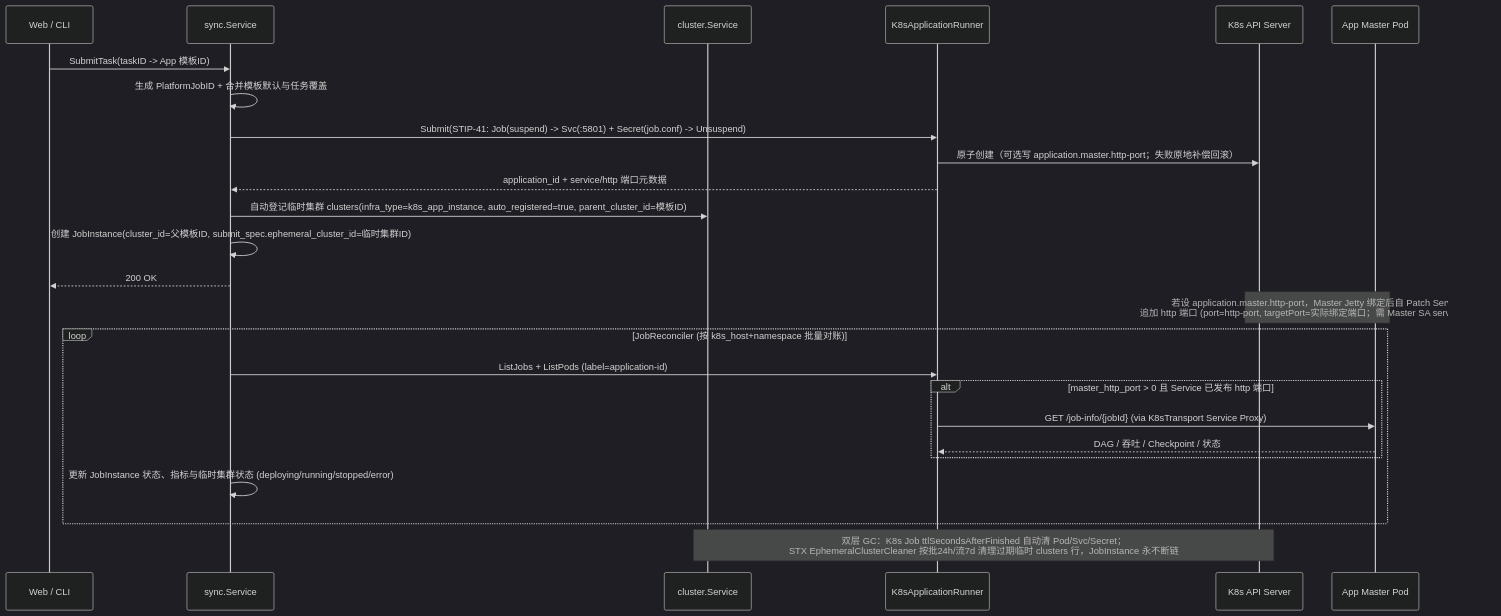
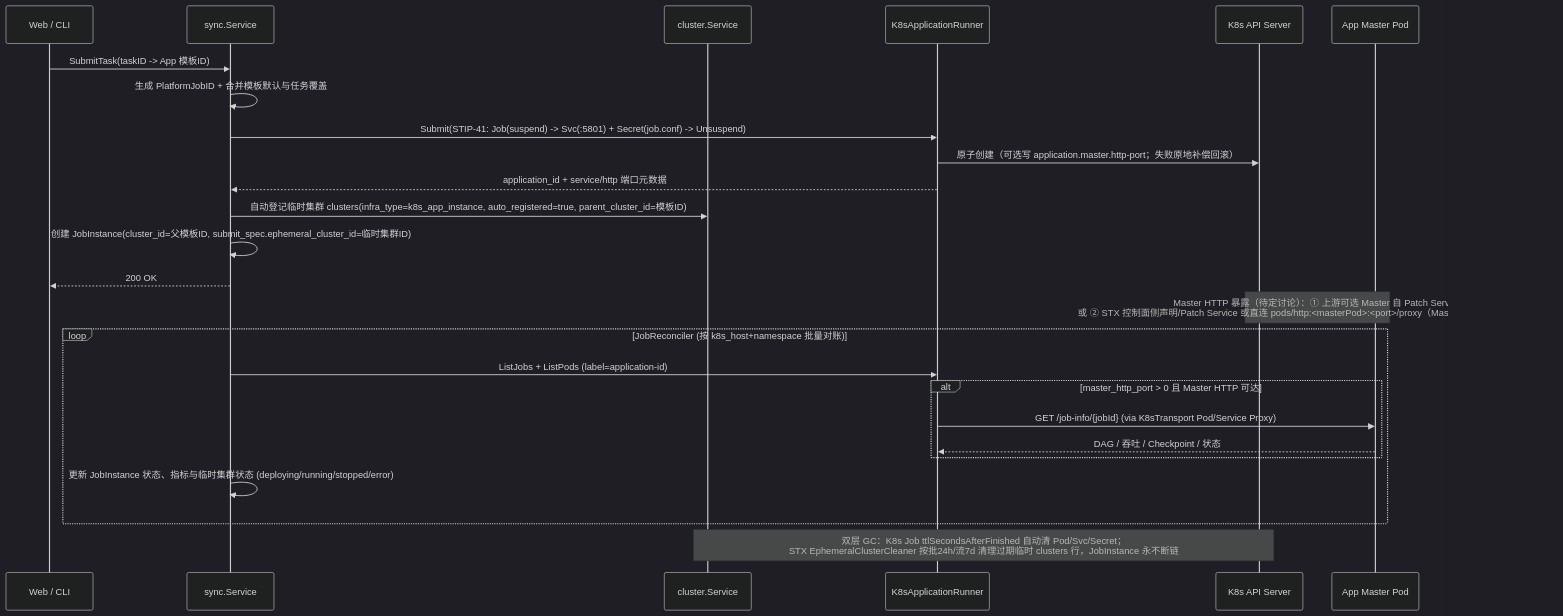
Before and after one commit to LeonYoah/stx: the second of 2 diagrams in .trellis/tasks/11-25-k8s-integration/design.md, drawn with Mermaid (dark theme). The commit also changed other lines of this file and 4 other files, not shown here.

Commit message:
docs(trellis): 补齐 YARN 扩展口子、Hadoop/Kerberos 挂载包与 Master HTTP 发布归属讨论

````diff
--- a/.trellis/tasks/11-25-k8s-integration/design.md
+++ b/.trellis/tasks/11-25-k8s-integration/design.md
@@ -233,31 +241,31 @@
 ```mermaid
 sequenceDiagram
     participant User as Web / CLI
     participant Sync as sync.Service
     participant Cluster as cluster.Service
     participant App as K8sApplicationRunner
     participant K8s as K8s API Server
     participant Master as App Master Pod
 
     User->>Sync: SubmitTask(taskID -> App 模板ID)
     Sync->>Sync: 生成 PlatformJobID + 合并模板默认与任务覆盖
     Sync->>App: Submit(STIP-41: Job(suspend) -> Svc(:5801) + Secret(job.conf) -> Unsuspend)
     App->>K8s: 原子创建（可选写 application.master.http-port；失败原地补偿回滚）
     App-->>Sync: application_id + service/http 端口元数据
     Sync->>Cluster: 自动登记临时集群 clusters(infra_type=k8s_app_instance, auto_registered=true, parent_cluster_id=模板ID)
     Sync->>Sync: 创建 JobInstance(cluster_id=父模板ID, submit_spec.ephemeral_cluster_id=临时集群ID)
     Sync-->>User: 200 OK
 
-    Note over Master,K8s: 若设 application.master.http-port，Master Jetty 绑定后自 Patch Service<br/>追加 http 端口 (port=http-port, targetPort=实际绑定端口；需 Master SA services:patch)
+    Note over Master,K8s: Master HTTP 暴露（待定讨论）：① 上游可选 Master 自 Patch Service<br/>或 ② STX 控制面侧声明/Patch Service 或直连 pods/http:<masterPod>:<port>/proxy（Master SA 免 services:patch）
 
     loop JobReconciler (按 k8s_host+namespace 批量对账)
         Sync->>App: ListJobs + ListPods (label=application-id)
-        alt master_http_port > 0 且 Service 已发布 http 端口
-            App->>Master: GET /job-info/{jobId} (via K8sTransport Service Proxy)
+        alt master_http_port > 0 且 Master HTTP 可达
+            App->>Master: GET /job-info/{jobId} (via K8sTransport Pod/Service Proxy)
             Master-->>App: DAG / 吞吐 / Checkpoint / 状态
         end
         Sync->>Sync: 更新 JobInstance 状态、指标与临时集群状态 (deploying/running/stopped/error)
     end
 
     Note over Cluster,K8s: 双层 GC：K8s Job ttlSecondsAfterFinished 自动清 Pod/Svc/Secret；<br/>STX EphemeralClusterCleaner 按批24h/流7d 清理过期临时 clusters 行，JobInstance 永不断链
 ```
````
